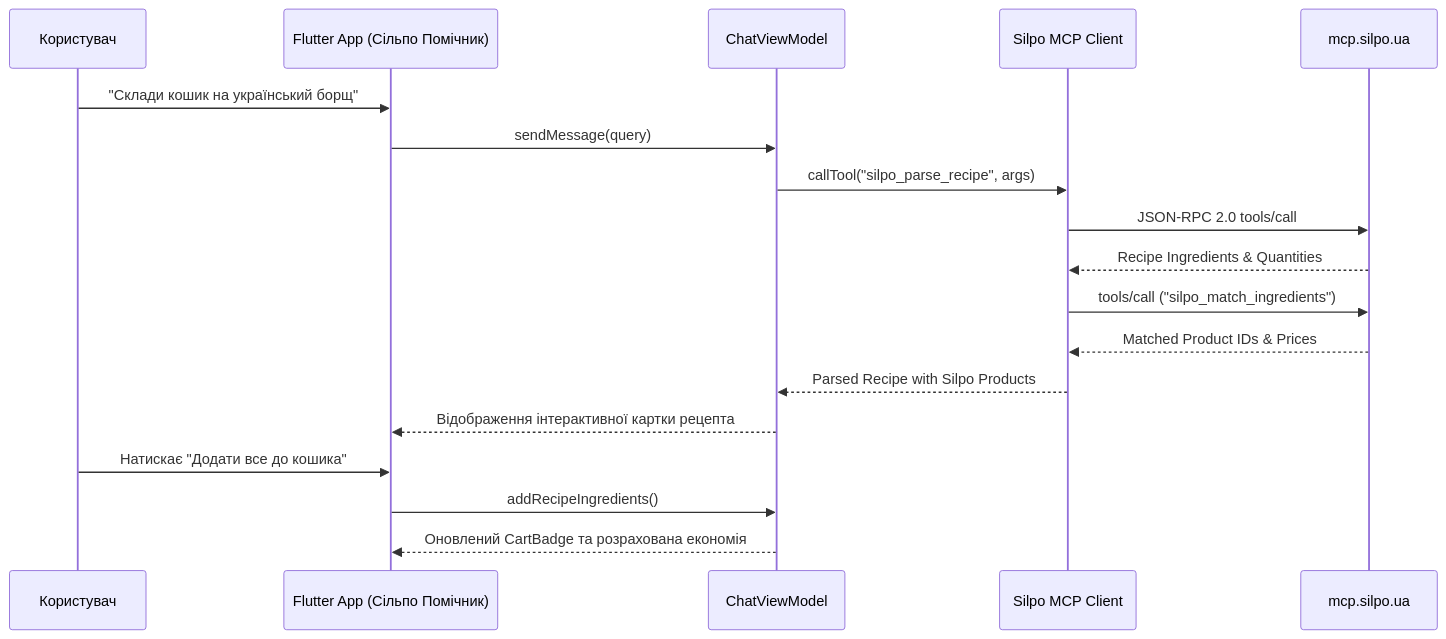
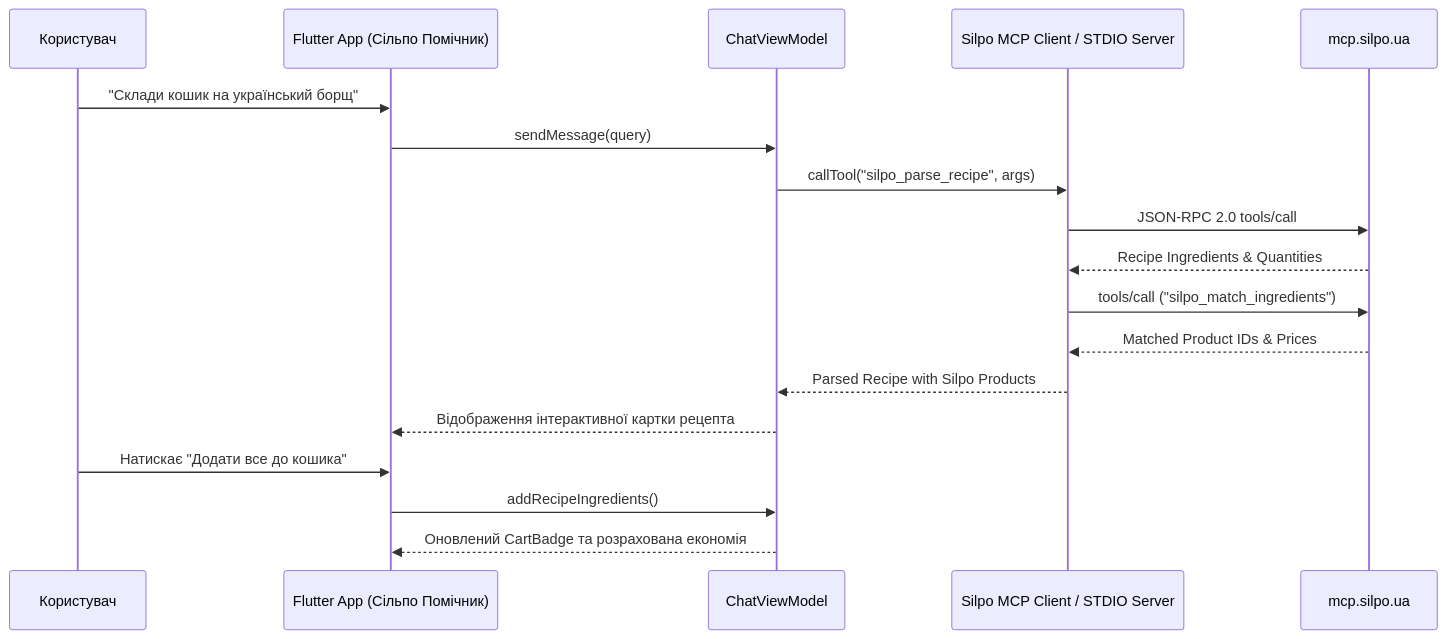
Before and after one commit to greenyarik0505-jpg/silpo_radnyk: the diagram in README.md, drawn with Mermaid. The commit also changed other lines of this file and 27 other files, not shown here.

Commit message:
feat: implement Silpo Boost, Vilnokasa in-store scanner, standalone STDIO MCP server, and recipe portion scaling

````diff
--- a/README.md
+++ b/README.md
@@ -150,21 +175,21 @@
 ```mermaid
 sequenceDiagram
     participant User as Користувач
     participant UI as Flutter App (Сільпо Помічник)
     participant VM as ChatViewModel
-    participant MCP as Silpo MCP Client
+    participant MCP as Silpo MCP Client / STDIO Server
     participant Server as mcp.silpo.ua
-
+    
     User->>UI: "Склади кошик на український борщ"
     UI->>VM: sendMessage(query)
     VM->>MCP: callTool("silpo_parse_recipe", args)
     MCP->>Server: JSON-RPC 2.0 tools/call
     Server-->>MCP: Recipe Ingredients & Quantities
     MCP->>Server: tools/call ("silpo_match_ingredients")
     Server-->>MCP: Matched Product IDs & Prices
     MCP-->>VM: Parsed Recipe with Silpo Products
     VM-->>UI: Відображення інтерактивної картки рецепта
     User->>UI: Натискає "Додати все до кошика"
     UI->>VM: addRecipeIngredients()
     VM-->>UI: Оновлений CartBadge та розрахована економія
 ```
````
